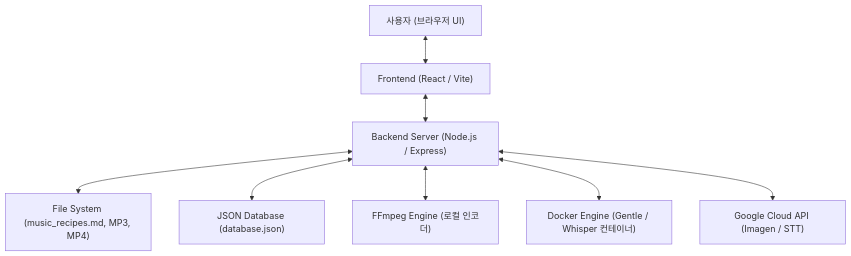
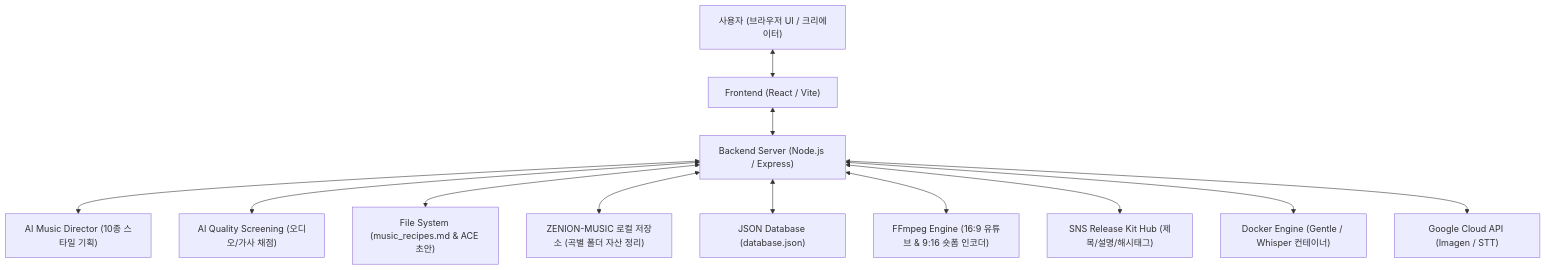
The diagram in docs/product/PRODUCT_ARCHITECTURE.md (julyinsung/lyrify), drawn with Mermaid before and after one commit. The commit also changed other lines of this file and 4 other files, not shown here.

Commit message:
docs: redesign ZENION Music Studio pipeline with AI director, quality screening, 16:9/9:16 video, and release kit

````diff
--- a/docs/product/PRODUCT_ARCHITECTURE.md
+++ b/docs/product/PRODUCT_ARCHITECTURE.md
@@ -25,10 +25,14 @@
 ```mermaid
 flowchart TD
-  User["사용자 (브라우저 UI)"] <--> FE["Frontend (React / Vite)"]
+  User["사용자 (브라우저 UI / 크리에이터)"] <--> FE["Frontend (React / Vite)"]
   FE <--> BE["Backend Server (Node.js / Express)"]
-  BE <--> FS["File System (music_recipes.md, MP3, MP4)"]
+  BE <--> Director["AI Music Director (10종 스타일 기획)"]
+  BE <--> Judge["AI Quality Screening (오디오/가사 채점)"]
+  BE <--> FS["File System (music_recipes.md & ACE 초안)"]
+  BE <--> ZenionVault["ZENION-MUSIC 로컬 저장소 (곡별 폴더 자산 정리)"]
   BE <--> DB["JSON Database (database.json)"]
-  BE <--> FF["FFmpeg Engine (로컬 인코더)"]
+  BE <--> FF["FFmpeg Engine (16:9 유튜브 & 9:16 숏폼 인코더)"]
+  BE <--> ReleaseKit["SNS Release Kit Hub (제목/설명/해시태그)"]
   BE <--> Docker["Docker Engine (Gentle / Whisper 컨테이너)"]
   BE <--> GCloud["Google Cloud API (Imagen / STT)"]
 ```
````
